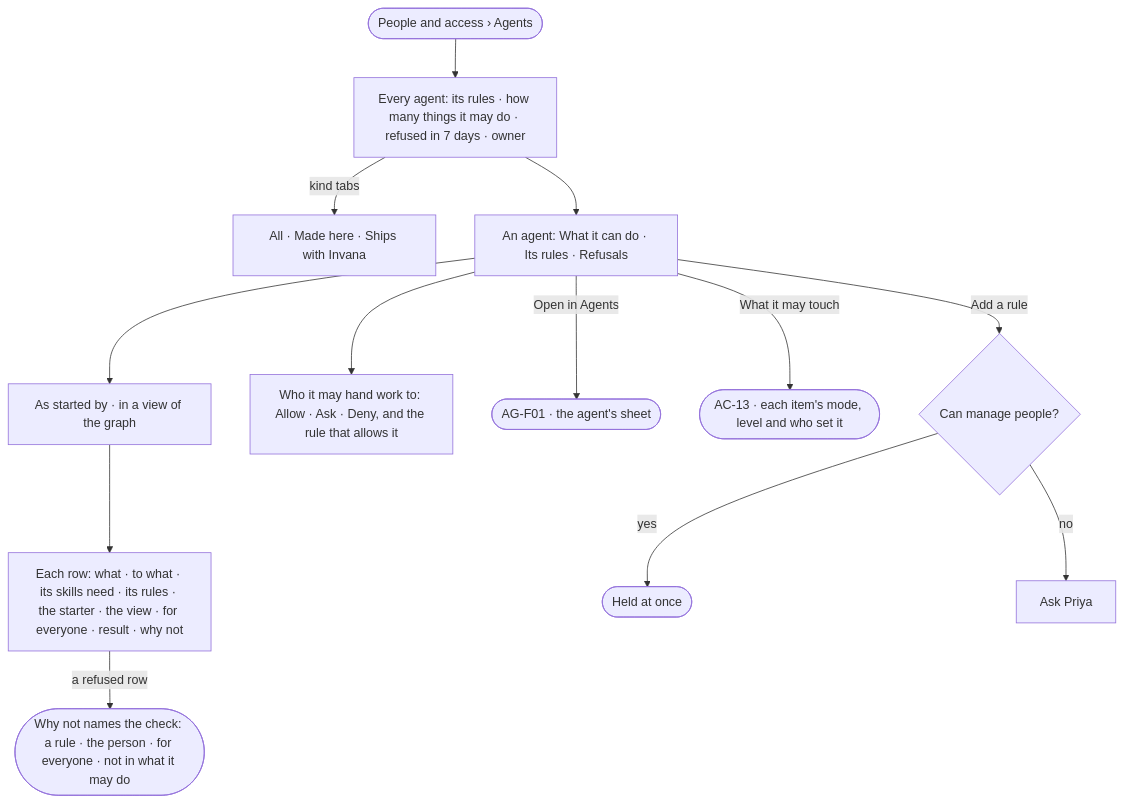
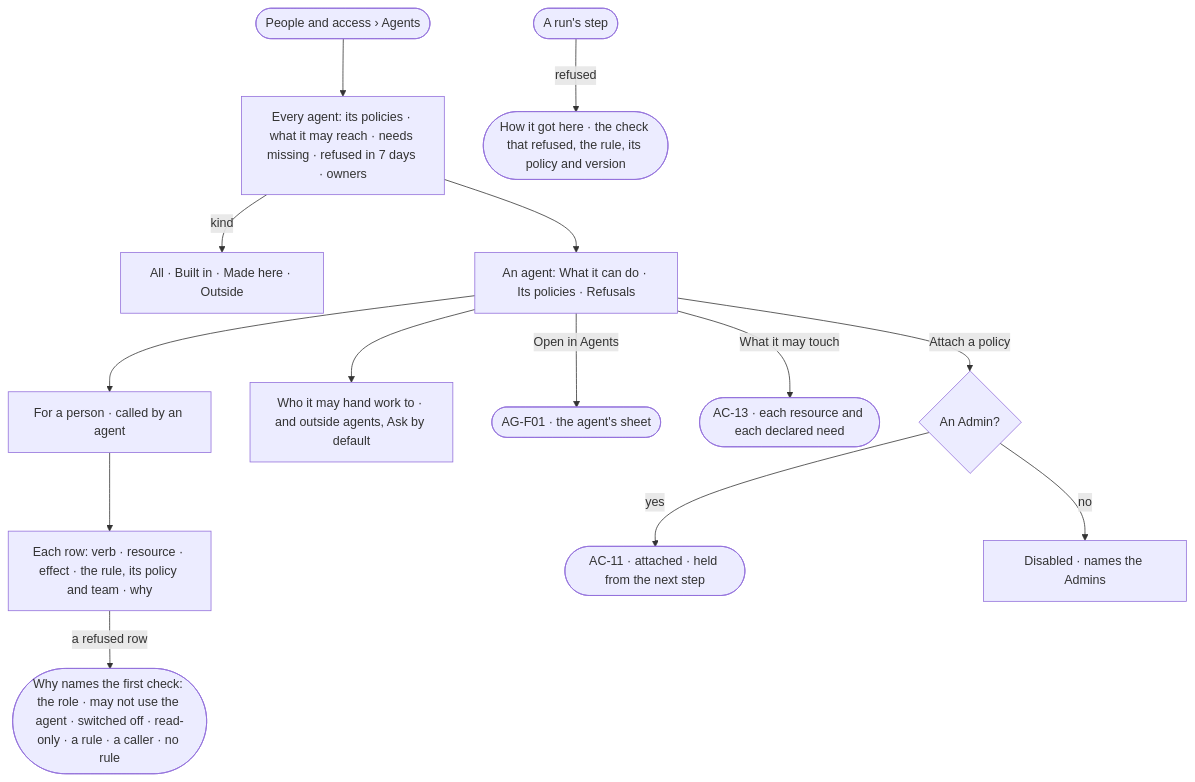
Before and after one commit to invana/invana: the diagram in specs/os/access/features/AC-F04-what-an-agent-may-touch/stories/AC-12-see-why-an-agent-can-or-cannot/story.md, drawn with Mermaid. The commit also changed other lines of this file and 522 other files, not shown here.

First line of the commit message:
feat(specs): specs-planes — Access, Control, Agents, Evidence and Ontology planes

````diff
--- a/specs/os/access/features/AC-F04-what-an-agent-may-touch/stories/AC-12-see-why-an-agent-can-or-cannot/story.md
+++ b/specs/os/access/features/AC-F04-what-an-agent-may-touch/stories/AC-12-see-why-an-agent-can-or-cannot/story.md
@@ -27,15 +26,16 @@
 ```mermaid
 flowchart TD
-  t([People and access › Agents]) --> l["Every agent: its rules · how many things it may do · refused in 7 days · owner"]
-  l -->|kind tabs| k["All · Made here · Ships with Invana"]
-  l --> a["An agent: What it can do · Its rules · Refusals"]
-  a --> as["As started by · in a view of the graph"]
-  as --> m["Each row: what · to what · its skills need · its rules · the starter · the view · for everyone · result · why not"]
-  m -->|a refused row| why(["Why not names the check: a rule · the person · for everyone · not in what it may do"])
-  a --> dg["Who it may hand work to: Allow · Ask · Deny, and the rule that allows it"]
+  t([People and access › Agents]) --> l["Every agent: its policies · what it may reach · needs missing · refused in 7 days · owners"]
+  l -->|kind| k["All · Built in · Made here · Outside"]
+  l --> a["An agent: What it can do · Its policies · Refusals"]
+  a --> as["For a person · called by an agent"]
+  as --> m["Each row: verb · resource · effect · the rule, its policy and team · why"]
+  m -->|a refused row| why(["Why names the first check: the role · may not use the agent · switched off · read-only · a rule · a caller · no rule"])
+  a --> dg["Who it may hand work to · and outside agents, Ask by default"]
   a -->|Open in Agents| ag(["AG-F01 · the agent's sheet"])
-  a -->|What it may touch| wt(["AC-13 · each item's mode, level and who set it"])
-  a -->|Add a rule| at{"Can manage people?"}
-  at -->|yes| ok(["Held at once"])
-  at -->|no| ask["Ask Priya"]
+  a -->|What it may touch| wt(["AC-13 · each resource and each declared need"])
+  a -->|Attach a policy| at{"An Admin?"}
+  at -->|yes| ok(["AC-11 · attached · held from the next step"])
+  at -->|no| ask["Disabled · names the Admins"]
+  run([A run's step]) -->|refused| how(["How it got here · the check that refused, the rule, its policy and version"])
 ```
````
